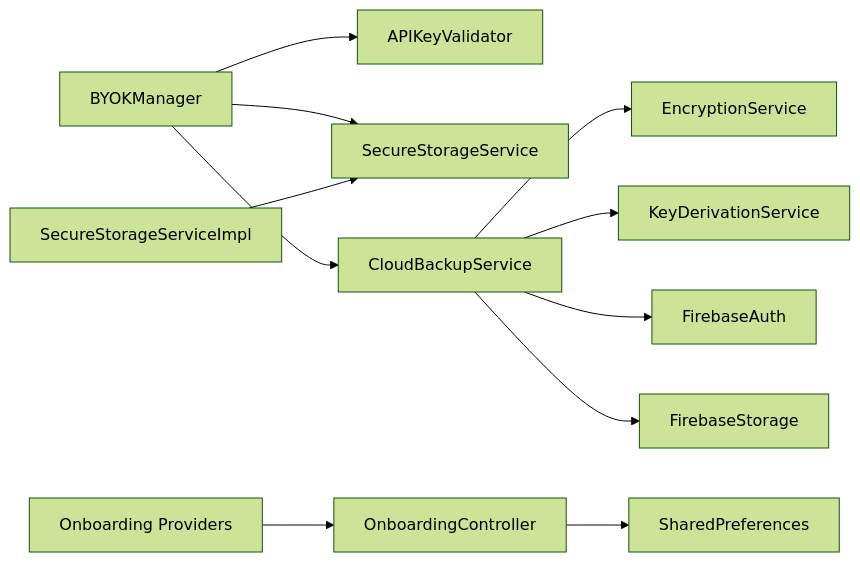
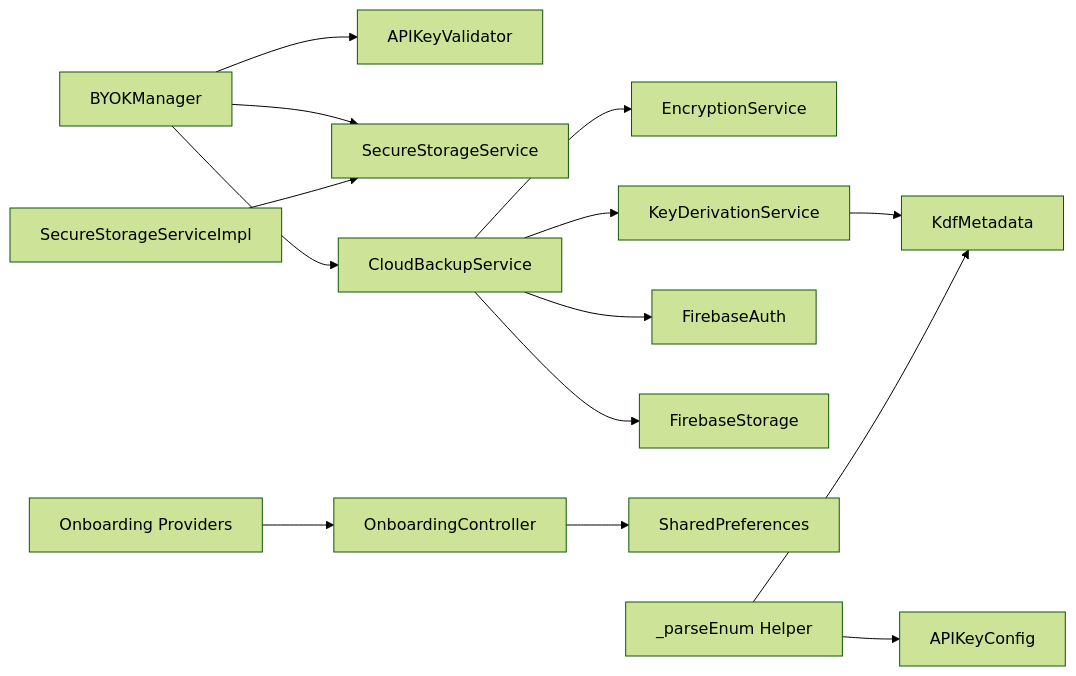
The ninth of 9 diagrams in .qoder/repowiki/en/content/API Reference.md (JAaron93/StyleSync), drawn with Mermaid (forest theme) before and after one commit. The commit also changed other lines of this file and 36 other files, not shown here.

First line of the commit message:
docs(api): adds centralized _parseEnum helper and enhance data model parsing docs

````diff
--- a/.qoder/repowiki/en/content/API Reference.md
+++ b/.qoder/repowiki/en/content/API Reference.md
@@ -510,13 +738,16 @@
 ```mermaid
 graph LR
 BYOK["BYOKManager"] --> VAL["APIKeyValidator"]
 BYOK --> SSS["SecureStorageService"]
 BYOK --> CBS["CloudBackupService"]
 CBS --> ENC["EncryptionService"]
-CBS --> KDF["KeyDerivationService"]
+CBS --> KDFS["KeyDerivationService"]
 CBS --> FBAUTH["FirebaseAuth"]
 CBS --> FBSTOR["FirebaseStorage"]
 OBC["OnboardingController"] --> PREF["SharedPreferences"]
 OBProv["Onboarding Providers"] --> OBC
 SSImpl["SecureStorageServiceImpl"] --> SSS
+KDFS --> KDFMETA["KdfMetadata"]
+ParseEnum["_parseEnum Helper"] --> KDFMETA
+ParseEnum --> APIKEYCONFIG["APIKeyConfig"]
 ```
````
